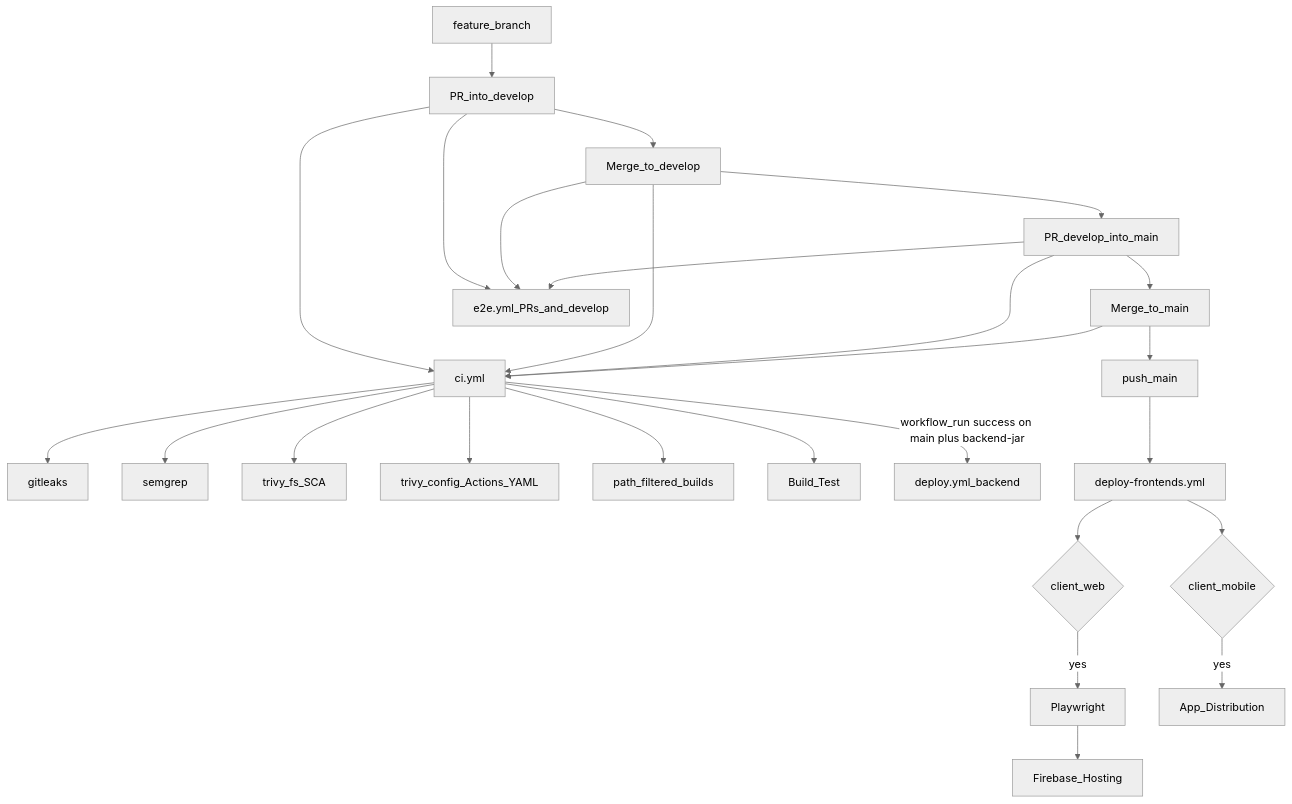
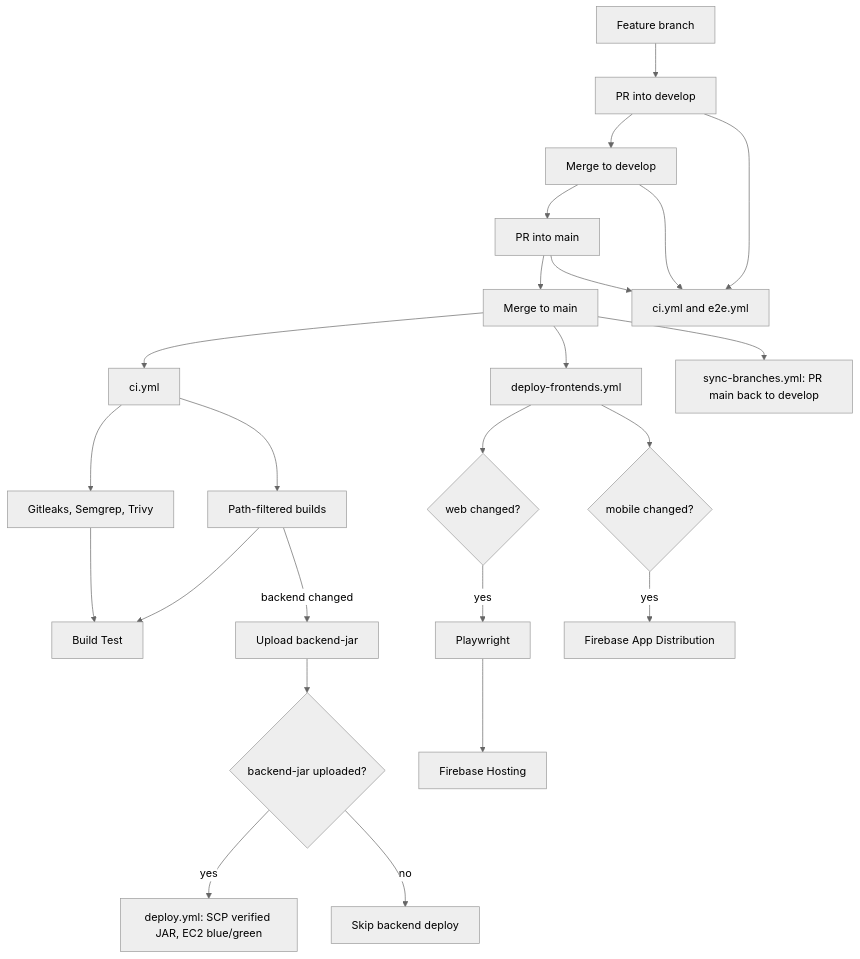
One commit to CanMakan-Team/CanMakan changed the diagram in CICD-PIPELINE.md. Above: the diagram before and after it, drawn with Mermaid (neutral theme). The commit also changed other lines of this file, not shown here.

````diff
--- a/CICD-PIPELINE.md
+++ b/CICD-PIPELINE.md
@@ -61,32 +98,30 @@
 ```mermaid
 flowchart TD
-  feat[feature_branch] --> prDev[PR_into_develop]
-  prDev --> mergeDev[Merge_to_develop]
-  mergeDev --> prMain[PR_develop_into_main]
-  prMain --> mergeMain[Merge_to_main]
-  mergeMain --> pushMain[push_main]
+  F[Feature branch] --> PRD[PR into develop]
+  PRD --> D[Merge to develop]
+  D --> PRM[PR into main]
+  PRM --> M[Merge to main]
 
-  prDev --> ci[ci.yml]
-  mergeDev --> ci
-  prMain --> ci
-  mergeMain --> ci
+  PRD --> CHK[ci.yml and e2e.yml]
+  D --> CHK
+  PRM --> CHK
 
-  ci --> gl[gitleaks]
-  ci --> sg[semgrep]
-  ci --> tv[trivy_fs_SCA]
-  ci --> yml[trivy_config_Actions_YAML]
-  ci --> builds[path_filtered_builds]
-  ci --> gate[Build_Test]
+  M --> CI[ci.yml]
+  CI --> S[Gitleaks, Semgrep, Trivy]
+  CI --> B[Path-filtered builds]
+  S --> G[Build Test]
+  B --> G
+  B -->|backend changed| JAR[Upload backend-jar]
+  JAR --> Q{backend-jar uploaded?}
+  Q -->|yes| BE[deploy.yml: SCP verified JAR, EC2 blue/green]
+  Q -->|no| SK[Skip backend deploy]
 
-  prDev --> e2ePr[e2e.yml_PRs_and_develop]
-  mergeDev --> e2ePr
-  prMain --> e2ePr
+  M --> FE[deploy-frontends.yml]
+  FE --> W{web changed?}
+  W -->|yes| PW[Playwright]
+  PW --> FB[Firebase Hosting]
+  FE --> A{mobile changed?}
+  A -->|yes| APK[Firebase App Distribution]
 
-  ci -->|workflow_run success on main plus backend-jar| be[deploy.yml_backend]
-  pushMain --> fe[deploy-frontends.yml]
-  fe --> webPath{client_web}
-  fe --> mobPath{client_mobile}
-  webPath -->|yes| e2eMain[Playwright]
-  e2eMain --> fb[Firebase_Hosting]
-  mobPath -->|yes| apk[App_Distribution]
+  M --> SY[sync-branches.yml: PR main back to develop]
 ```
````
